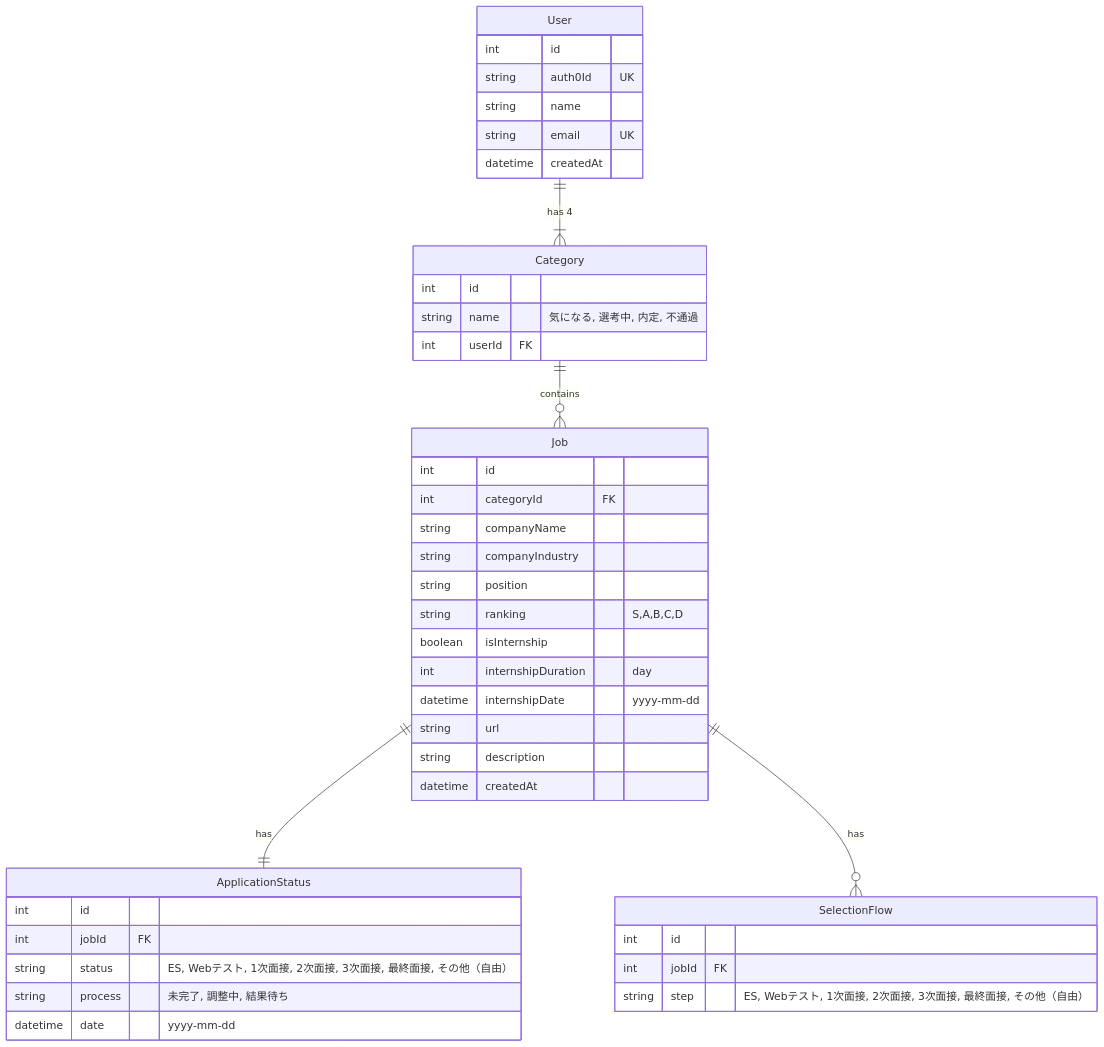
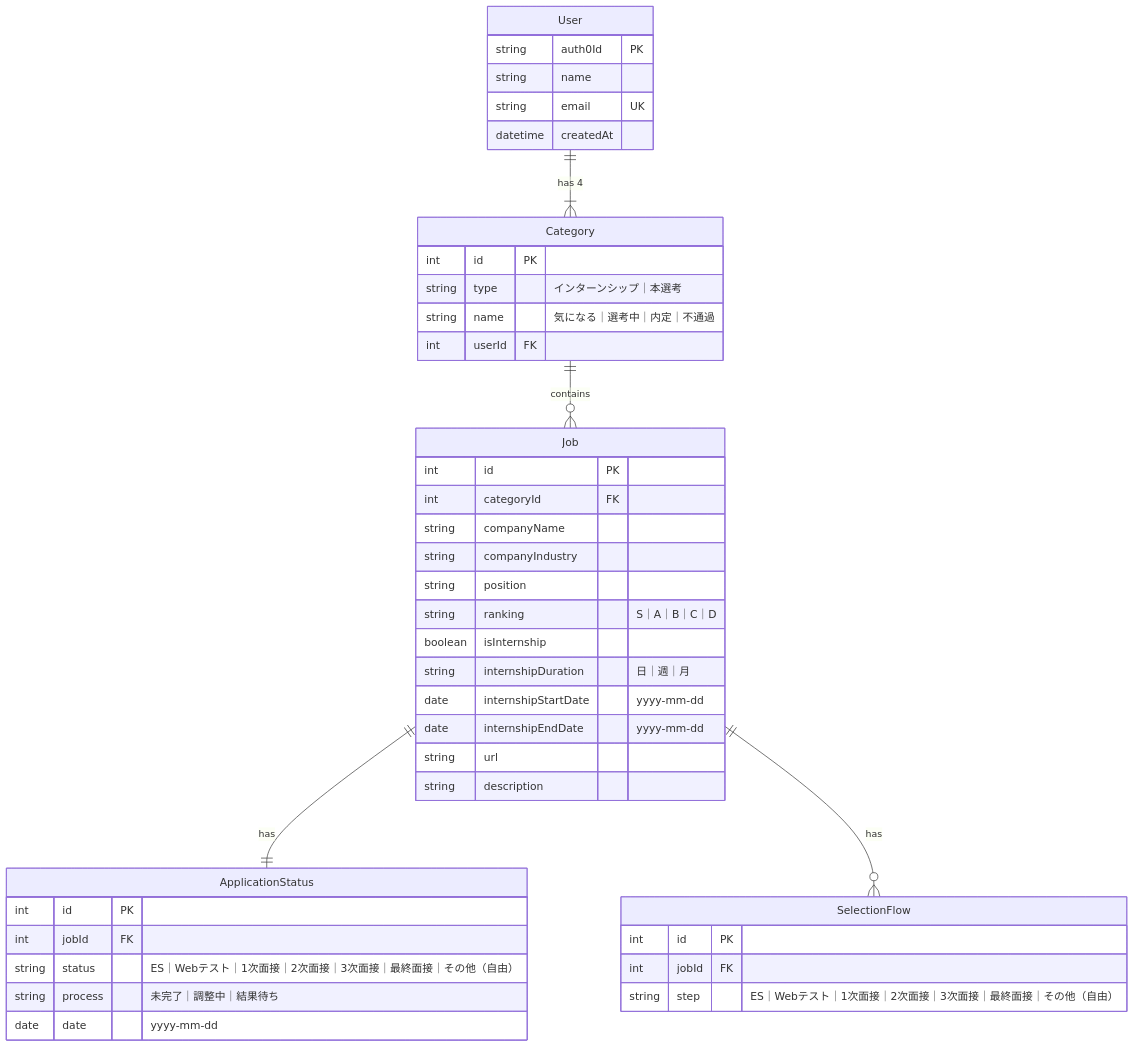
Before and after one commit to chanon-mike/naitei-journey: the diagram in README.md, drawn with Mermaid. The commit also changed other lines of this file and 8 other files, not shown here.

````diff
--- a/README.md
+++ b/README.md
@@ -61,46 +61,46 @@
 ```mermaid
 erDiagram
   User {
-    int id
-    string auth0Id UK
+    string auth0Id PK
     string name
     string email UK
     datetime createdAt
   }
   Category {
-    int id
-    string name "気になる, 選考中, 内定, 不通過"
+    int id PK
+    string type "インターンシップ｜本選考"
+    string name "気になる｜選考中｜内定｜不通過"
     int userId FK
   }
   Job {
-    int id
+    int id PK
     int categoryId FK
     string companyName
     string companyIndustry
     string position
-    string ranking "S,A,B,C,D"
+    string ranking "S｜A｜B｜C｜D"
     boolean isInternship
-    int internshipDuration "day"
-    datetime internshipDate "yyyy-mm-dd"
+    string internshipDuration "日｜週｜月"
+    date internshipStartDate "yyyy-mm-dd"
+    date internshipEndDate "yyyy-mm-dd"
     string url
     string description
-    datetime createdAt
   }
   ApplicationStatus {
-    int id
+    int id PK
     int jobId FK
-    string status "ES, Webテスト, 1次面接, 2次面接, 3次面接, 最終面接, その他（自由）"
-    string process "未完了, 調整中, 結果待ち"
-    datetime date "yyyy-mm-dd"
+    string status "ES｜Webテスト｜1次面接｜2次面接｜3次面接｜最終面接｜その他（自由）"
+    string process "未完了｜調整中｜結果待ち"
+    date date "yyyy-mm-dd"
   }
   SelectionFlow {
-    int id
+    int id PK
     int jobId FK
-    string step "ES, Webテスト, 1次面接, 2次面接, 3次面接, 最終面接, その他（自由）"
+    string step "ES｜Webテスト｜1次面接｜2次面接｜3次面接｜最終面接｜その他（自由）"
   }
 
   User ||--|{ Category: "has 4"
   Category ||--o{ Job: "contains"
   Job ||--|| ApplicationStatus: "has"
   Job ||--o{ SelectionFlow: "has"
 ```
````
